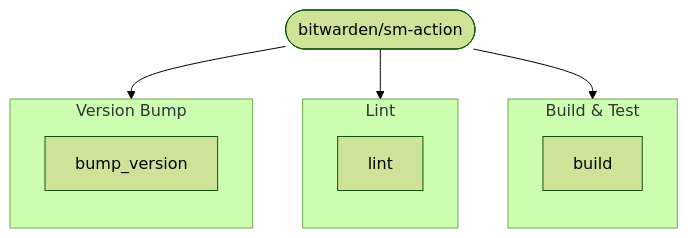
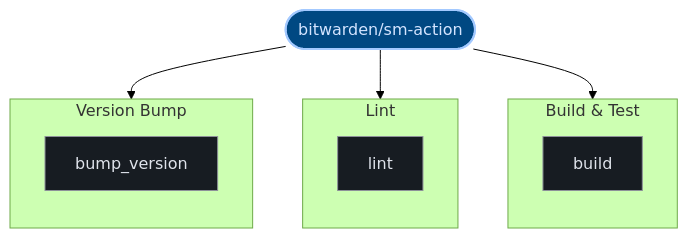
One commit to kumarshaz/atruss-code-atlas changed the third of 3 diagrams in exports/latest/reports/bitwarden-sm-action-report.md. Above: the diagram before and after it, drawn with Mermaid (forest theme). The commit also changed other lines of this file and 331 other files, not shown here.

Commit message:
docs,ui,fix: update SDLC docs, reorder CI/CD DAG first, stylize Mermaid, and fix Arc42 pipeline topology

````diff
--- a/exports/latest/reports/bitwarden-sm-action-report.md
+++ b/exports/latest/reports/bitwarden-sm-action-report.md
@@ -129,19 +140,26 @@
 ```mermaid
 graph TD;
-  pipeline_root(["bitwarden/sm-action"])
+  classDef atlasRoot fill:#004882,stroke:#a3c9ff,stroke-width:2px,color:#d3e4ff
+  classDef atlasCategory fill:#212428,stroke:#E87A48,stroke-width:1.5px,color:#dfe3eb
+  classDef atlasWorkflow fill:#1b2026,stroke:#a3c9ff,stroke-width:1.5px,color:#dfe3eb
+  classDef atlasJob fill:#171c22,stroke:#8d9199,stroke-width:1px,color:#dfe3eb
+  classDef atlasTarget fill:#005227,stroke:#8bd99b,stroke-width:1.5px,color:#a7f6b6
+  classDef atlasAlert fill:#93000a,stroke:#ffb4ab,stroke-width:1.5px,color:#ffdad6
+  classDef atlasMore fill:#252a31,stroke:#8d9199,stroke-dasharray:4 4,color:#c3c6cf
+  pipeline_root(["bitwarden/sm-action"]):::atlasRoot
   subgraph Build___Test_0["Build & Test"]
     direction TB
-    0_build["build"]
+    0_build["build"]:::atlasJob
   end
   pipeline_root --> 0_build
   subgraph Lint_1["Lint"]
     direction TB
-    1_lint["lint"]
+    1_lint["lint"]:::atlasJob
   end
   pipeline_root --> 1_lint
   subgraph Version_Bump_2["Version Bump"]
     direction TB
-    2_bump_version["bump_version"]
+    2_bump_version["bump_version"]:::atlasJob
   end
   pipeline_root --> 2_bump_version
 ```
````
